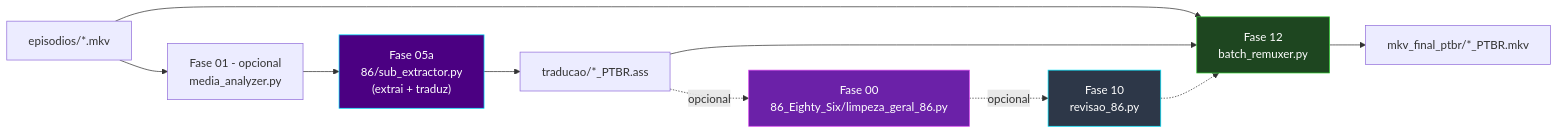
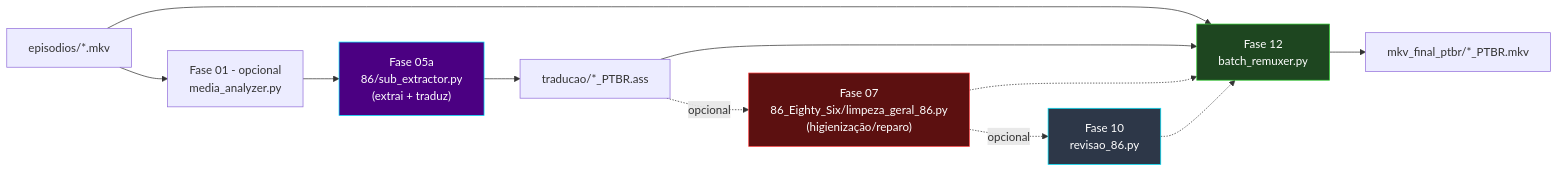
The second of 15 diagrams in docs/arquitetura.md (carmipa/projeto-tracker-animes-traducao), drawn with Mermaid before and after one commit. The commit also changed other lines of this file and 38 other files, not shown here.

````diff
--- a/docs/arquitetura.md
+++ b/docs/arquitetura.md
@@ -119,17 +116,18 @@
 ```mermaid
 flowchart LR
     A_MKV["episodios/*.mkv"] --> A_F1["Fase 01 - opcional<br/>media_analyzer.py"]
     A_F1 --> A_F05A["Fase 05a<br/>86/sub_extractor.py<br/>(extrai + traduz)"]
     A_F05A --> A_ASS["traducao/*_PTBR.ass"]
-    A_ASS -.->|"opcional"| A_HYG["Fase 00<br/>86_Eighty_Six/limpeza_geral_86.py"]
-    A_HYG -.->|"opcional"| A_F10["Fase 10<br/>revisao_86.py"]
+    A_ASS -.->|"opcional"| A_F07["Fase 07<br/>86_Eighty_Six/limpeza_geral_86.py<br/>(higienização/reparo)"]
+    A_F07 -.->|"opcional"| A_F10["Fase 10<br/>revisao_86.py"]
     A_MKV --> A_F12["Fase 12<br/>batch_remuxer.py"]
     A_ASS --> A_F12
+    A_F07 -.-> A_F12
     A_F10 -.-> A_F12
     A_F12 --> A_OUT["mkv_final_ptbr/*_PTBR.mkv"]
 
     style A_F05A fill:#4B0082,stroke:#00E5FF,color:#fff
-    style A_HYG fill:#6b21a8,stroke:#d946ef,color:#fff
+    style A_F07 fill:#5c1010,stroke:#ff4444,color:#fff
     style A_F10 fill:#2d3748,stroke:#00E5FF,color:#fff
     style A_F12 fill:#1e4620,stroke:#32CD32,color:#fff
 ```
````
